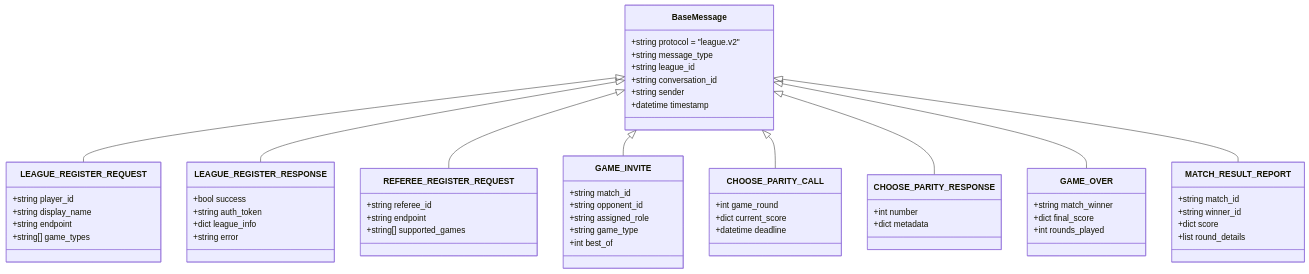
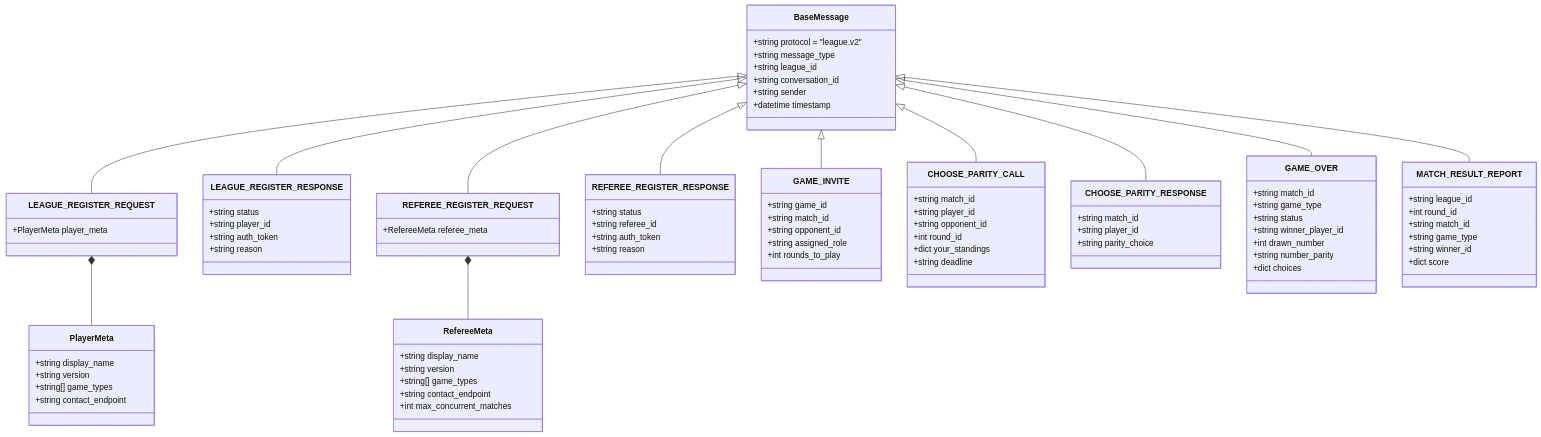
Before and after one commit to fouada/Assignment7_mcp-multi-agent-game: diagram 13 of 19 in README.md, drawn with Mermaid. The commit also changed other lines of this file and 2 other files, not shown here.

````diff
--- a/README.md
+++ b/README.md
@@ -762,63 +767,93 @@
     }
     
     class LEAGUE_REGISTER_REQUEST {
-        +string player_id
+        +PlayerMeta player_meta
+    }
+    
+    class PlayerMeta {
         +string display_name
-        +string endpoint
+        +string version
         +string[] game_types
+        +string contact_endpoint
     }
     
     class LEAGUE_REGISTER_RESPONSE {
-        +bool success
+        +string status
+        +string player_id
         +string auth_token
-        +dict league_info
-        +string error
+        +string reason
     }
     
     class REFEREE_REGISTER_REQUEST {
+        +RefereeMeta referee_meta
+    }
+    
+    class RefereeMeta {
+        +string display_name
+        +string version
+        +string[] game_types
+        +string contact_endpoint
+        +int max_concurrent_matches
+    }
+    
+    class REFEREE_REGISTER_RESPONSE {
+        +string status
         +string referee_id
-        +string endpoint
-        +string[] supported_games
+        +string auth_token
+        +string reason
     }
     
     class GAME_INVITE {
+        +string game_id
         +string match_id
         +string opponent_id
         +string assigned_role
-        +string game_type
-        +int best_of
+        +int rounds_to_play
     }
     
     class CHOOSE_PARITY_CALL {
-        +int game_round
-        +dict current_score
-        +datetime deadline
+        +string match_id
+        +string player_id
+        +string opponent_id
+        +int round_id
+        +dict your_standings
+        +string deadline
     }
     
     class CHOOSE_PARITY_RESPONSE {
-        +int number
-        +dict metadata
+        +string match_id
+        +string player_id
+        +string parity_choice
     }
     
     class GAME_OVER {
-        +string match_winner
-        +dict final_score
-        +int rounds_played
+        +string match_id
+        +string game_type
+        +string status
+        +string winner_player_id
+        +int drawn_number
+        +string number_parity
+        +dict choices
     }
     
     class MATCH_RESULT_REPORT {
+        +string league_id
+        +int round_id
         +string match_id
+        +string game_type
         +string winner_id
         +dict score
-        +list round_details
     }
     
     BaseMessage <|-- LEAGUE_REGISTER_REQUEST
     BaseMessage <|-- LEAGUE_REGISTER_RESPONSE
     BaseMessage <|-- REFEREE_REGISTER_REQUEST
+    BaseMessage <|-- REFEREE_REGISTER_RESPONSE
     BaseMessage <|-- GAME_INVITE
     BaseMessage <|-- CHOOSE_PARITY_CALL
     BaseMessage <|-- CHOOSE_PARITY_RESPONSE
     BaseMessage <|-- GAME_OVER
     BaseMessage <|-- MATCH_RESULT_REPORT
+    LEAGUE_REGISTER_REQUEST *-- PlayerMeta
+    REFEREE_REGISTER_REQUEST *-- RefereeMeta
 ```
````
